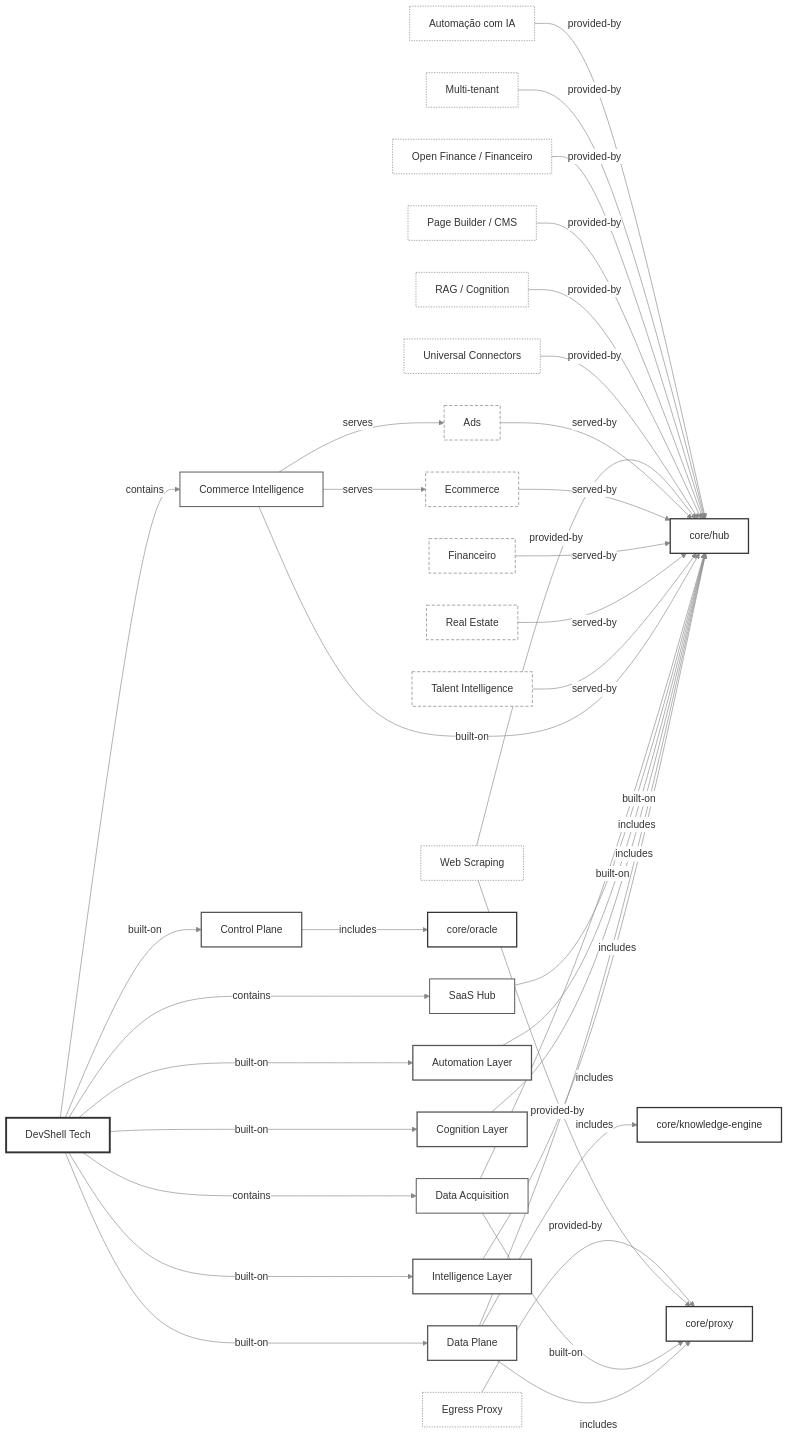
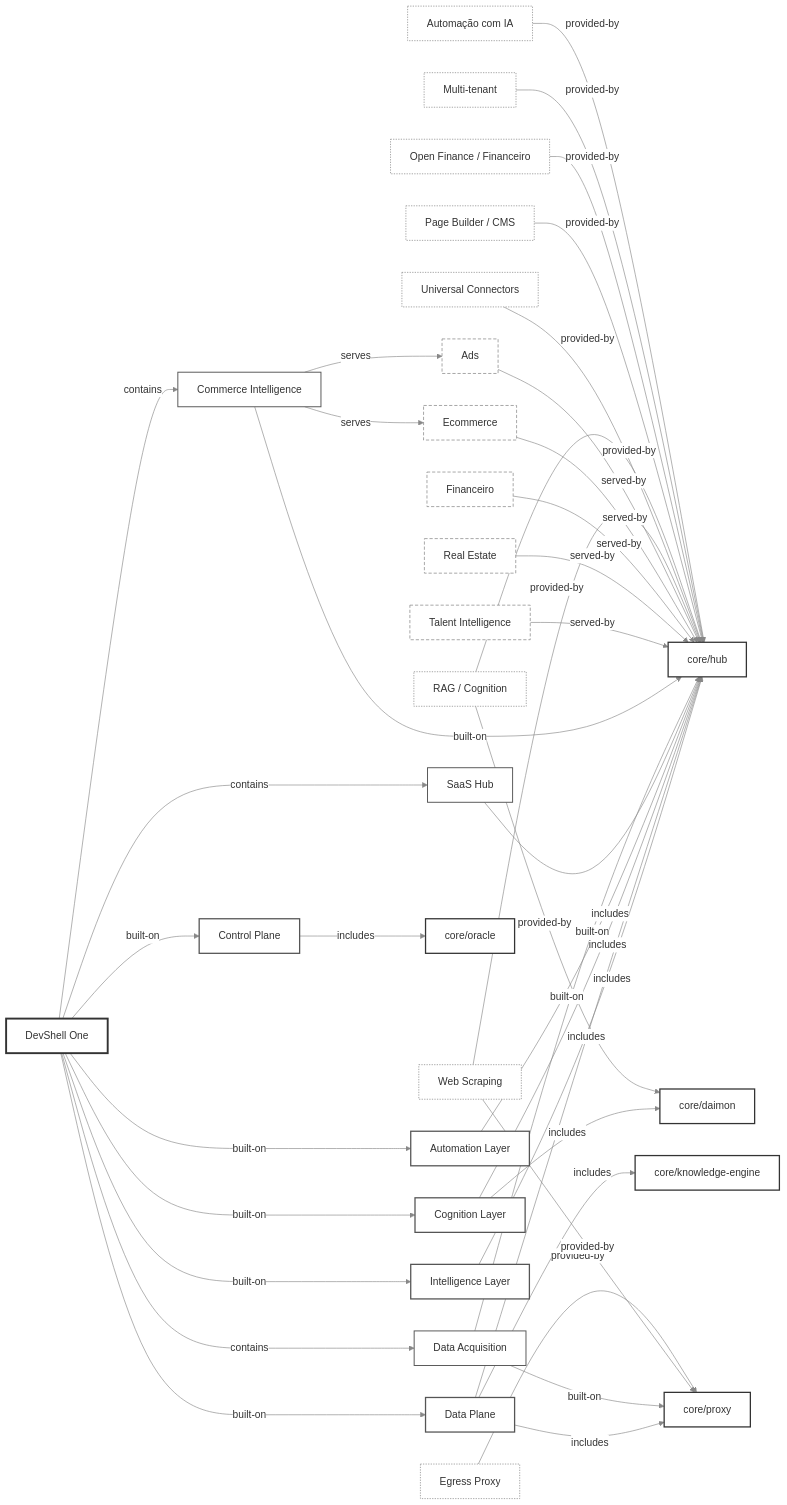
Before and after one commit to mend3/mend3: the first of 2 diagrams in README.md, drawn with Mermaid. The commit also changed 7 other files, not shown here.

````diff
--- a/README.md
+++ b/README.md
@@ -45,71 +45,74 @@
 ```mermaid
 %%{init: {'theme':'base','themeVariables':{'clusterBkg':'transparent','clusterBorder':'#999999','titleColor':'#333333','lineColor':'#888888','primaryColor':'#ffffff','primaryBorderColor':'#333333','primaryTextColor':'#333333','fontFamily':'sans-serif'}}}%%
 flowchart LR
   classDef plat stroke:#333,color:#333,stroke-width:3px;
   classDef vis stroke:#555,color:#333,stroke-width:2px;
   classDef prod stroke:#555,color:#333,stroke-width:1.5px;
   classDef dom stroke:#777,color:#333,stroke-dasharray:5 3;
   classDef cap stroke:#777,color:#333,stroke-dasharray:2 2;
   classDef proj stroke:#333,color:#333,stroke-width:2px;
   c_automa_o_com_ia["Automação com IA"]:::cap
   c_egress_proxy["Egress Proxy"]:::cap
   c_multi_tenant["Multi-tenant"]:::cap
   c_open_finance_financeiro["Open Finance / Financeiro"]:::cap
   c_page_builder_cms["Page Builder / CMS"]:::cap
   c_rag_cognition["RAG / Cognition"]:::cap
   c_universal_connectors["Universal Connectors"]:::cap
   c_web_scraping["Web Scraping"]:::cap
   d_ads["Ads"]:::dom
   d_ecommerce["Ecommerce"]:::dom
   d_financeiro["Financeiro"]:::dom
   d_real_estate["Real Estate"]:::dom
   d_talent_intelligence["Talent Intelligence"]:::dom
   p_commerce_intelligence["Commerce Intelligence"]:::prod
+  p_core_daimon["core/daimon"]:::proj
   p_core_hub["core/hub"]:::proj
   p_core_knowledge_engine["core/knowledge-engine"]:::proj
   p_core_oracle["core/oracle"]:::proj
   p_core_proxy["core/proxy"]:::proj
   p_data_acquisition["Data Acquisition"]:::prod
-  p_devshell_tech["DevShell Tech"]:::plat
+  p_devshell_one["DevShell One"]:::plat
   p_saas_hub["SaaS Hub"]:::prod
   v_automation_layer["Automation Layer"]:::vis
   v_cognition_layer["Cognition Layer"]:::vis
   v_control_plane["Control Plane"]:::vis
   v_data_plane["Data Plane"]:::vis
   v_intelligence_layer["Intelligence Layer"]:::vis
   c_automa_o_com_ia -->|provided-by| p_core_hub
   c_egress_proxy -->|provided-by| p_core_proxy
   c_multi_tenant -->|provided-by| p_core_hub
   c_open_finance_financeiro -->|provided-by| p_core_hub
   c_page_builder_cms -->|provided-by| p_core_hub
+  c_rag_cognition -->|provided-by| p_core_daimon
   c_rag_cognition -->|provided-by| p_core_hub
   c_universal_connectors -->|provided-by| p_core_hub
   c_web_scraping -->|provided-by| p_core_hub
   c_web_scraping -->|provided-by| p_core_proxy
   d_ads -->|served-by| p_core_hub
   d_ecommerce -->|served-by| p_core_hub
   d_financeiro -->|served-by| p_core_hub
   d_real_estate -->|served-by| p_core_hub
   d_talent_intelligence -->|served-by| p_core_hub
   p_commerce_intelligence -->|built-on| p_core_hub
   p_commerce_intelligence -->|serves| d_ads
   p_commerce_intelligence -->|serves| d_ecommerce
   p_data_acquisition -->|built-on| p_core_hub
   p_data_acquisition -->|built-on| p_core_proxy
-  p_devshell_tech -->|built-on| v_automation_layer
-  p_devshell_tech -->|built-on| v_cognition_layer
-  p_devshell_tech -->|built-on| v_control_plane
-  p_devshell_tech -->|built-on| v_data_plane
-  p_devshell_tech -->|built-on| v_intelligence_layer
-  p_devshell_tech -->|contains| p_commerce_intelligence
-  p_devshell_tech -->|contains| p_data_acquisition
-  p_devshell_tech -->|contains| p_saas_hub
+  p_devshell_one -->|built-on| v_automation_layer
+  p_devshell_one -->|built-on| v_cognition_layer
+  p_devshell_one -->|built-on| v_control_plane
+  p_devshell_one -->|built-on| v_data_plane
+  p_devshell_one -->|built-on| v_intelligence_layer
+  p_devshell_one -->|contains| p_commerce_intelligence
+  p_devshell_one -->|contains| p_data_acquisition
+  p_devshell_one -->|contains| p_saas_hub
   p_saas_hub -->|built-on| p_core_hub
   v_automation_layer -->|includes| p_core_hub
+  v_cognition_layer -->|includes| p_core_daimon
   v_cognition_layer -->|includes| p_core_hub
   v_control_plane -->|includes| p_core_oracle
   v_data_plane -->|includes| p_core_hub
   v_data_plane -->|includes| p_core_knowledge_engine
   v_data_plane -->|includes| p_core_proxy
   v_intelligence_layer -->|includes| p_core_hub
 ```
````
